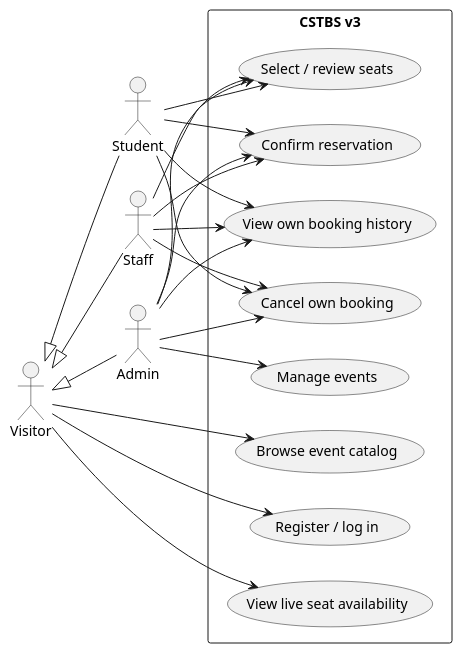
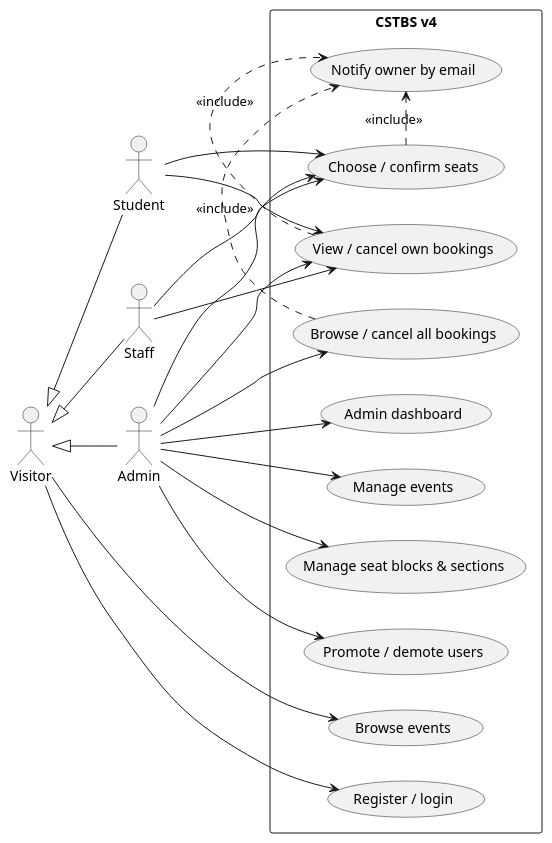
One commit to ItsMONIKAAKTER/CSTBS changed the first of 6 diagrams in docs/uml.md. Above: the diagram before and after it, drawn with PlantUML. The commit also changed other lines of this file and 31 other files, not shown here.

````diff
--- a/docs/uml.md
+++ b/docs/uml.md
@@ -7,38 +7,40 @@
 ```plantuml
 @startuml
 left to right direction
 actor Visitor
 actor Student
 actor Staff
 actor Admin
 Visitor <|-- Student
 Visitor <|-- Staff
 Visitor <|-- Admin
-rectangle "CSTBS v3" {
-  usecase "Browse event catalog" as Browse
-  usecase "Register / log in" as Auth
-  usecase "View live seat availability" as Availability
-  usecase "Select / review seats" as Review
-  usecase "Confirm reservation" as Confirm
-  usecase "View own booking history" as History
-  usecase "Cancel own booking" as Cancel
-  usecase "Manage events" as Manage
+rectangle "CSTBS v4" {
+  usecase "Browse events" as Browse
+  usecase "Register / login" as Auth
+  usecase "Choose / confirm seats" as Reserve
+  usecase "View / cancel own bookings" as My
+  usecase "Admin dashboard" as Dash
+  usecase "Manage events" as Events
+  usecase "Manage seat blocks & sections" as Seats
+  usecase "Promote / demote users" as Roles
+  usecase "Browse / cancel all bookings" as Bookings
+  usecase "Notify owner by email" as Email
 }
 Visitor --> Browse
 Visitor --> Auth
-Visitor --> Availability
-Student --> Review
-Student --> Confirm
-Student --> History
-Student --> Cancel
-Staff --> Review
-Staff --> Confirm
-Staff --> History
-Staff --> Cancel
-Admin --> Review
-Admin --> Confirm
-Admin --> History
-Admin --> Cancel
-Admin --> Manage
+Student --> Reserve
+Student --> My
+Staff --> Reserve
+Staff --> My
+Admin --> Reserve
+Admin --> My
+Admin --> Dash
+Admin --> Events
+Admin --> Seats
+Admin --> Roles
+Admin --> Bookings
+Reserve .> Email : <<include>>
+My .> Email : <<include>>
+Bookings .> Email : <<include>>
 @enduml
 ```
````
